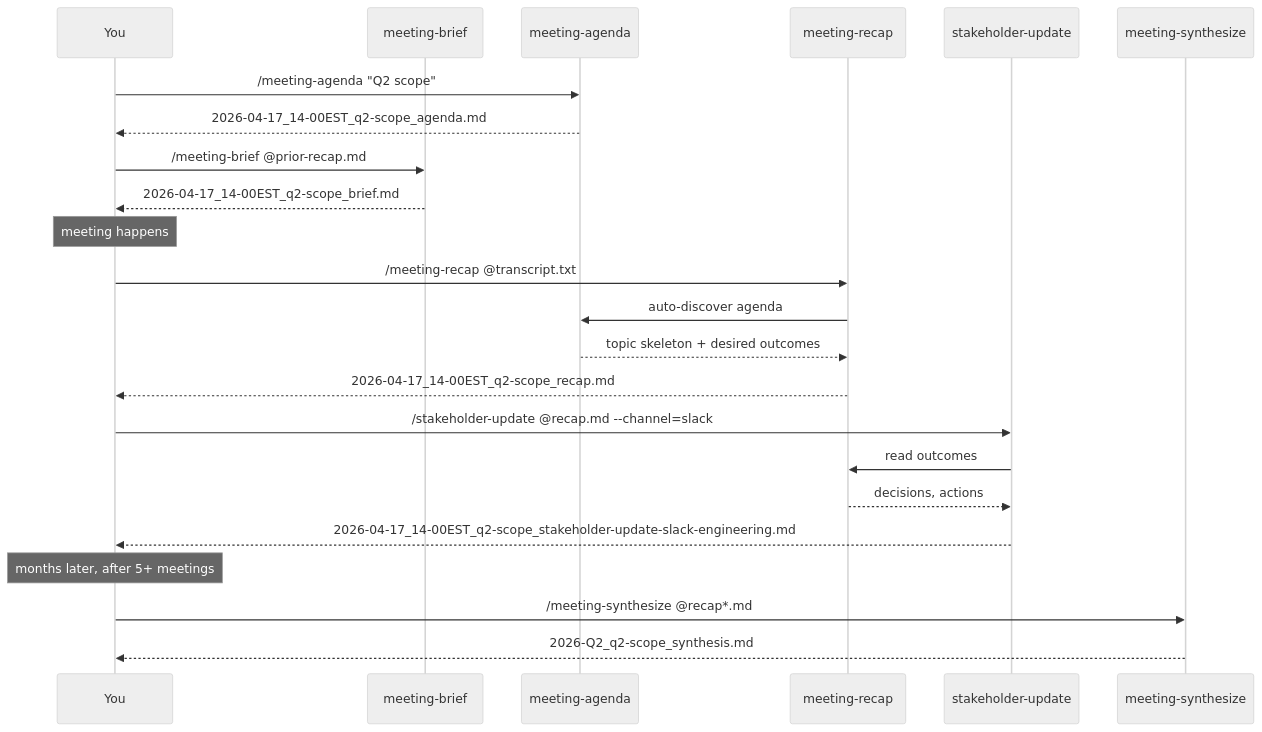
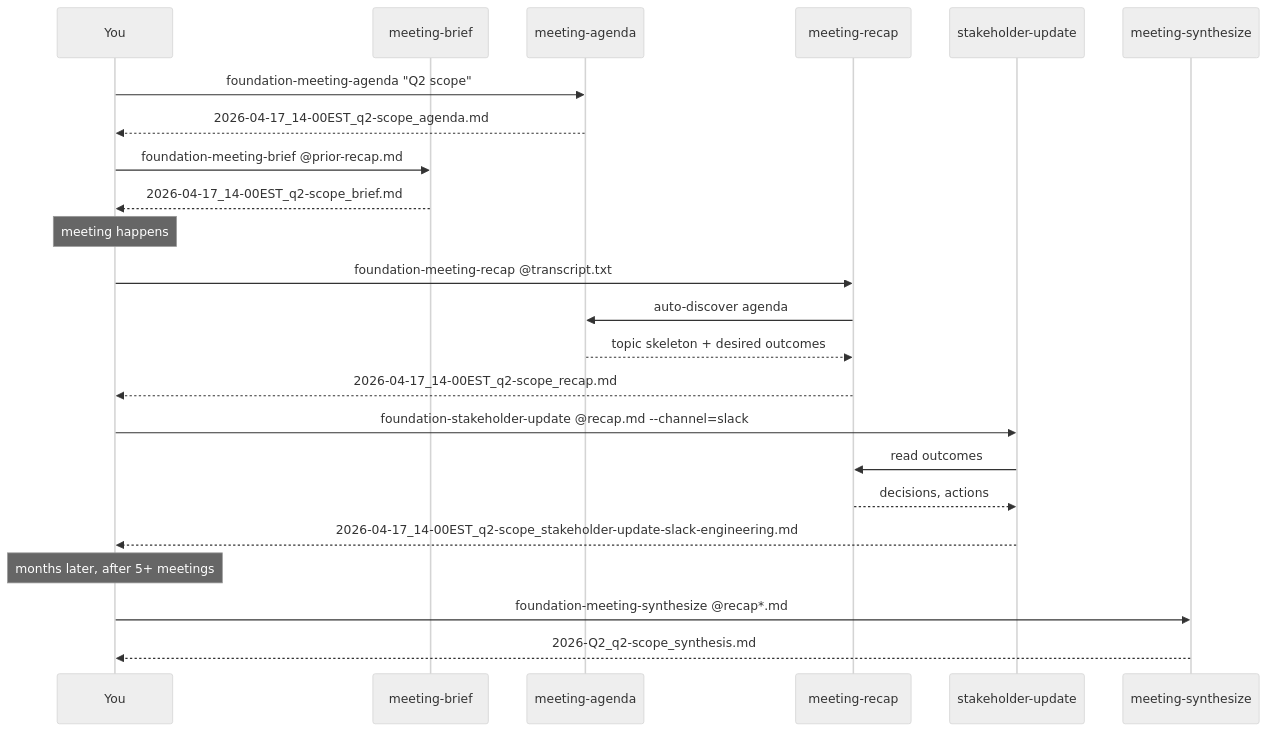
Before and after one commit to product-on-purpose/pm-skills: the third of 3 diagrams in docs/guides/using-meeting-skills.md, drawn with Mermaid (neutral theme). The commit also changed other lines of this file and 187 other files, not shown here.

````diff
--- a/docs/guides/using-meeting-skills.md
+++ b/docs/guides/using-meeting-skills.md
@@ -184,32 +184,32 @@
 ```mermaid
 sequenceDiagram
     participant You
     participant Brief as meeting-brief
     participant Agenda as meeting-agenda
     participant Recap as meeting-recap
     participant Update as stakeholder-update
     participant Sync as meeting-synthesize
 
-    You->>Agenda: /meeting-agenda "Q2 scope"
+    You->>Agenda: foundation-meeting-agenda "Q2 scope"
     Agenda-->>You: 2026-04-17_14-00EST_q2-scope_agenda.md
 
-    You->>Brief: /meeting-brief @prior-recap.md
+    You->>Brief: foundation-meeting-brief @prior-recap.md
     Brief-->>You: 2026-04-17_14-00EST_q2-scope_brief.md
 
     Note over You: meeting happens
 
-    You->>Recap: /meeting-recap @transcript.txt
+    You->>Recap: foundation-meeting-recap @transcript.txt
     Recap->>Agenda: auto-discover agenda
     Agenda-->>Recap: topic skeleton + desired outcomes
     Recap-->>You: 2026-04-17_14-00EST_q2-scope_recap.md
 
-    You->>Update: /stakeholder-update @recap.md --channel=slack
+    You->>Update: foundation-stakeholder-update @recap.md --channel=slack
     Update->>Recap: read outcomes
     Recap-->>Update: decisions, actions
     Update-->>You: 2026-04-17_14-00EST_q2-scope_stakeholder-update-slack-engineering.md
 
     Note over You: months later, after 5+ meetings
 
-    You->>Sync: /meeting-synthesize @recap*.md
+    You->>Sync: foundation-meeting-synthesize @recap*.md
     Sync-->>You: 2026-Q2_q2-scope_synthesis.md
 ```
````
